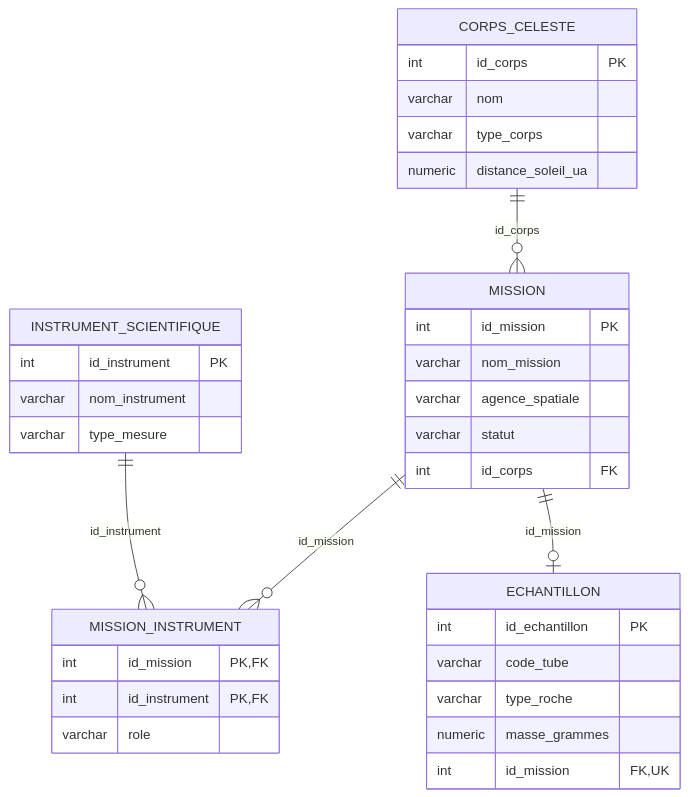
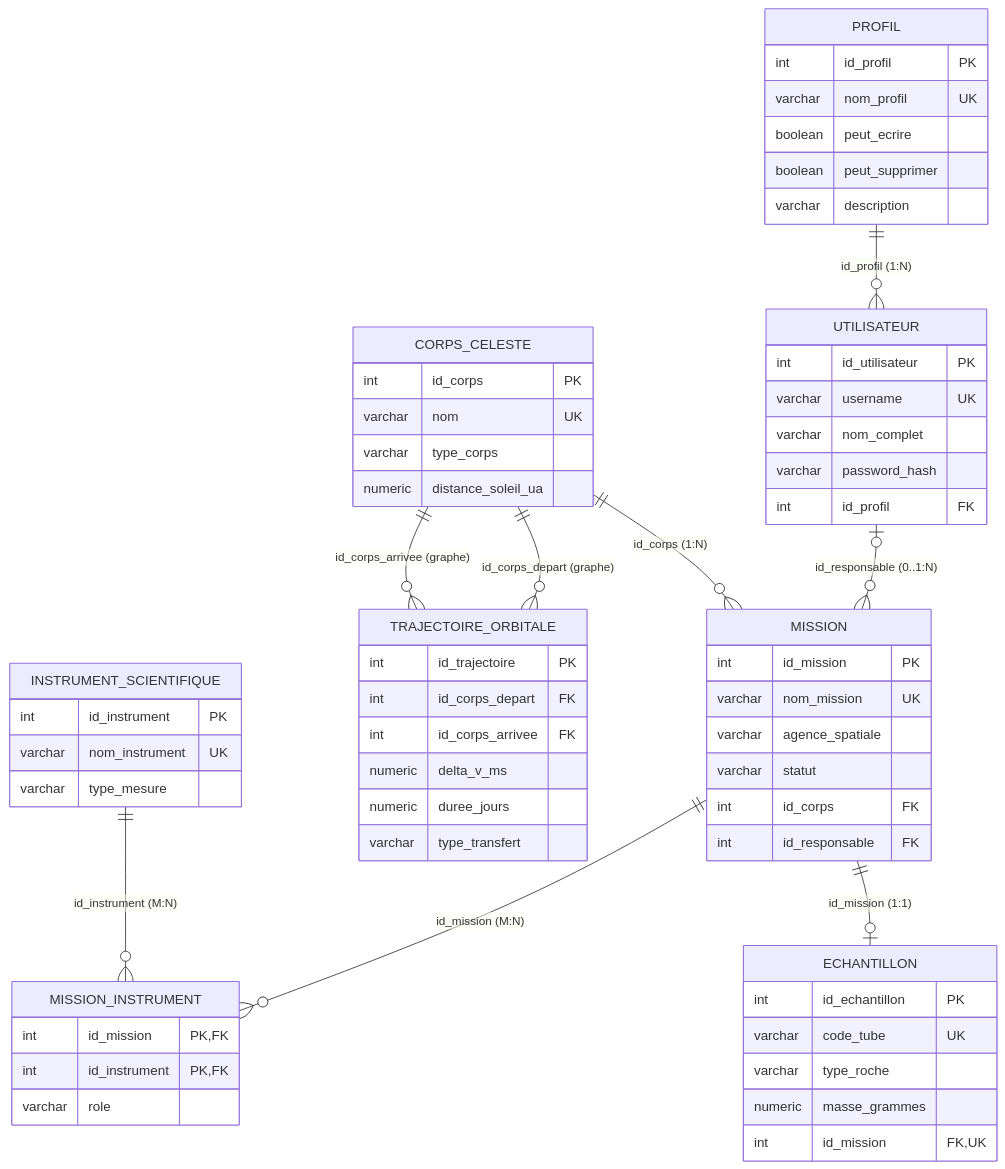
One commit to GuillaumeWnt/devoirBDD changed the first of 2 diagrams in DIAGRAMME.md. Above: the diagram before and after it, drawn with Mermaid. The commit also changed other lines of this file and 14 other files, not shown here.

First line of the commit message:
feat(bdd,cli,docs): etendre le schema a 8 tables avec profils md5 graphe orbital et cli complet

````diff
--- a/DIAGRAMME.md
+++ b/DIAGRAMME.md
@@ -25,42 +26,72 @@
 ```mermaid
 erDiagram
-    CORPS_CELESTE ||--o{ MISSION : "id_corps"
-    INSTRUMENT_SCIENTIFIQUE ||--o{ MISSION_INSTRUMENT : "id_instrument"
-    MISSION ||--o{ MISSION_INSTRUMENT : "id_mission"
-    MISSION ||--o| ECHANTILLON : "id_mission"
+    PROFIL ||--o{ UTILISATEUR : "id_profil (1:N)"
+    UTILISATEUR |o--o{ MISSION : "id_responsable (0..1:N)"
+    CORPS_CELESTE ||--o{ MISSION : "id_corps (1:N)"
+    CORPS_CELESTE ||--o{ TRAJECTOIRE_ORBITALE : "id_corps_depart (graphe)"
+    CORPS_CELESTE ||--o{ TRAJECTOIRE_ORBITALE : "id_corps_arrivee (graphe)"
+    MISSION ||--o{ MISSION_INSTRUMENT : "id_mission (M:N)"
+    INSTRUMENT_SCIENTIFIQUE ||--o{ MISSION_INSTRUMENT : "id_instrument (M:N)"
+    MISSION ||--o| ECHANTILLON : "id_mission (1:1)"
+
+    PROFIL {
+        int id_profil PK
+        varchar nom_profil UK
+        boolean peut_ecrire
+        boolean peut_supprimer
+        varchar description
+    }
+
+    UTILISATEUR {
+        int id_utilisateur PK
+        varchar username UK
+        varchar nom_complet
+        varchar password_hash
+        int id_profil FK
+    }
 
     CORPS_CELESTE {
         int id_corps PK
-        varchar nom
+        varchar nom UK
         varchar type_corps
         numeric distance_soleil_ua
     }
 
+    TRAJECTOIRE_ORBITALE {
+        int id_trajectoire PK
+        int id_corps_depart FK
+        int id_corps_arrivee FK
+        numeric delta_v_ms
+        numeric duree_jours
+        varchar type_transfert
+    }
+
     MISSION {
         int id_mission PK
-        varchar nom_mission
+        varchar nom_mission UK
         varchar agence_spatiale
         varchar statut
         int id_corps FK
+        int id_responsable FK
     }
 
     INSTRUMENT_SCIENTIFIQUE {
         int id_instrument PK
-        varchar nom_instrument
+        varchar nom_instrument UK
         varchar type_mesure
     }
 
     MISSION_INSTRUMENT {
         int id_mission PK, FK
         int id_instrument PK, FK
         varchar role
     }
 
     ECHANTILLON {
         int id_echantillon PK
-        varchar code_tube
+        varchar code_tube UK
         varchar type_roche
         numeric masse_grammes
         int id_mission FK, UK
     }
 ```
````
